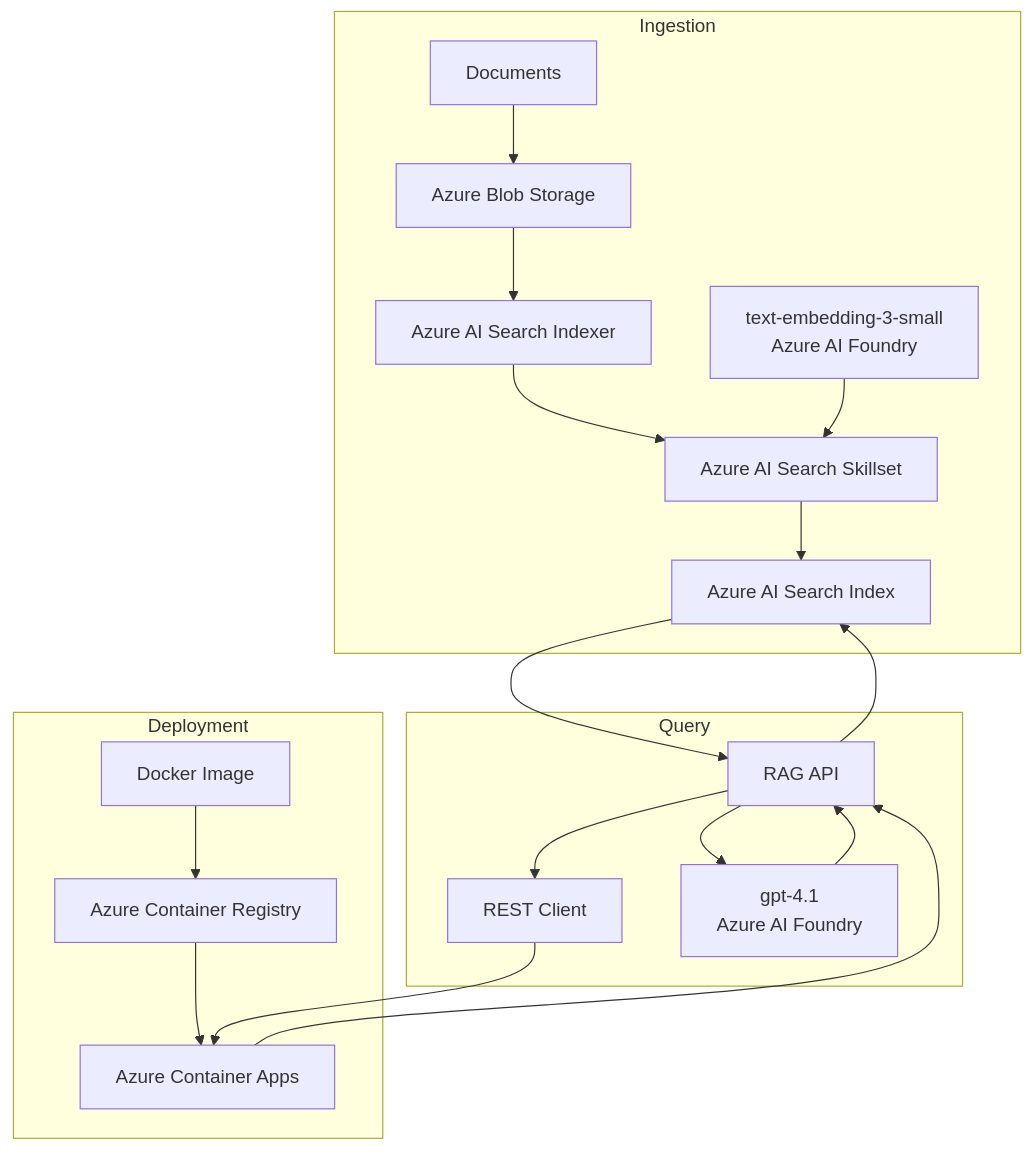
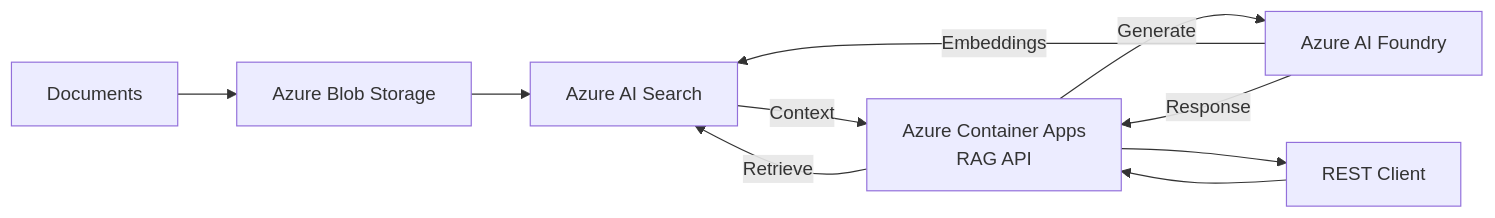
One commit to txominvs/azure-rag changed the diagram in README.md. Above: the diagram before and after it, drawn with Mermaid.

Commit message:
Revise architecture diagram layout in README
Updated the architecture diagram to use a left-to-right flow and simplified the structure.

````diff
--- a/README.md
+++ b/README.md
@@ -11,25 +11,14 @@
 ```mermaid
-flowchart TB
-    subgraph Ingestion
-        A[Documents] --> B[Azure Blob Storage]
-        B --> C[Azure AI Search Indexer]
-        C --> D[Azure AI Search Skillset]
-        F[text-embedding-3-small<br/>Azure AI Foundry] --> D
-        D --> E[Azure AI Search Index]
-    end
+flowchart LR
+    DOC[Documents] --> BLOB[Azure Blob Storage]
 
-    subgraph Deployment
-        K[Docker Image] --> L[Azure Container Registry]
-        L --> G[Azure Container Apps]
-    end
+    BLOB --> SEARCH[Azure AI Search]
+    FOUNDRY[Azure AI Foundry] -->|Embeddings| SEARCH
 
-    subgraph Query
-        U[REST Client] --> G
-        G --> H[RAG API]
-        H --> E
-        E --> H
-        H --> J[gpt-4.1<br/>Azure AI Foundry]
-        J --> H
-        H --> U
-    end
+    CLIENT[REST Client] --> APP[Azure Container Apps<br/>RAG API]
+    APP -->|Retrieve| SEARCH
+    SEARCH -->|Context| APP
+    APP -->|Generate| FOUNDRY
+    FOUNDRY -->|Response| APP
+    APP --> CLIENT
 ```
````
